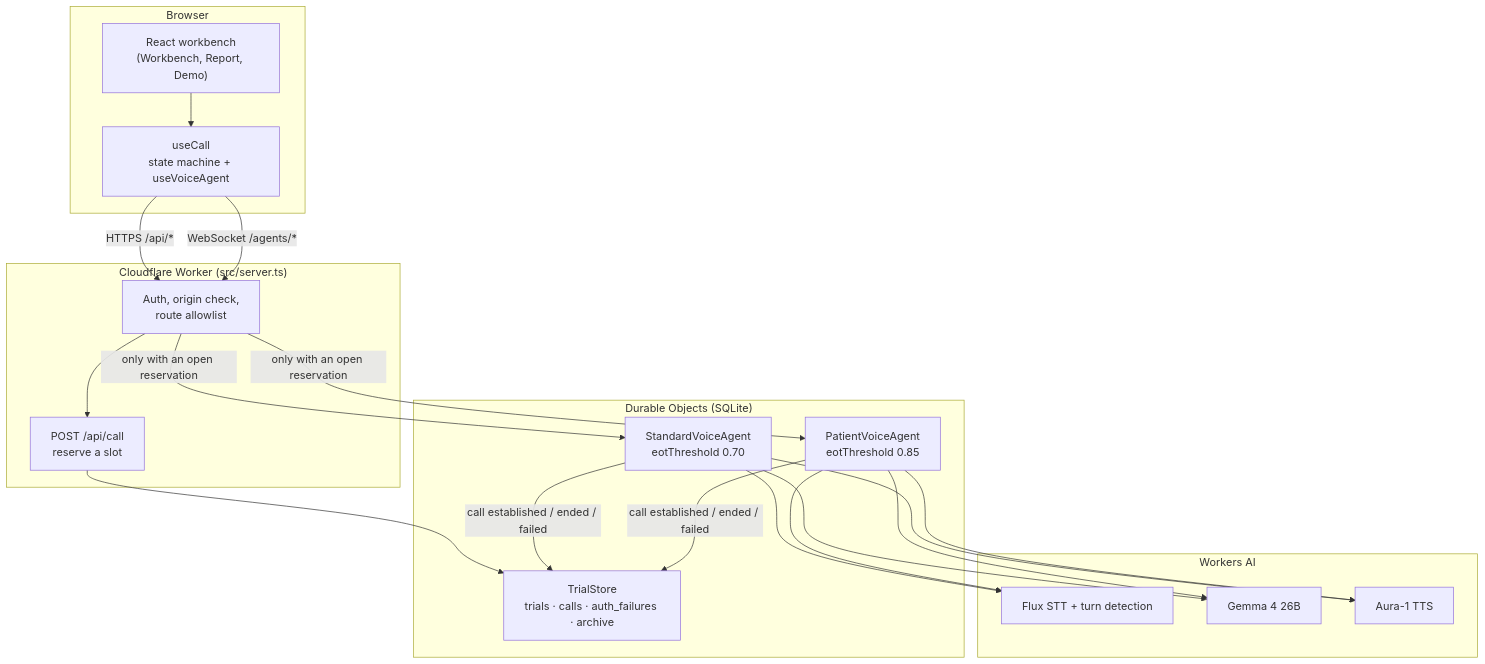
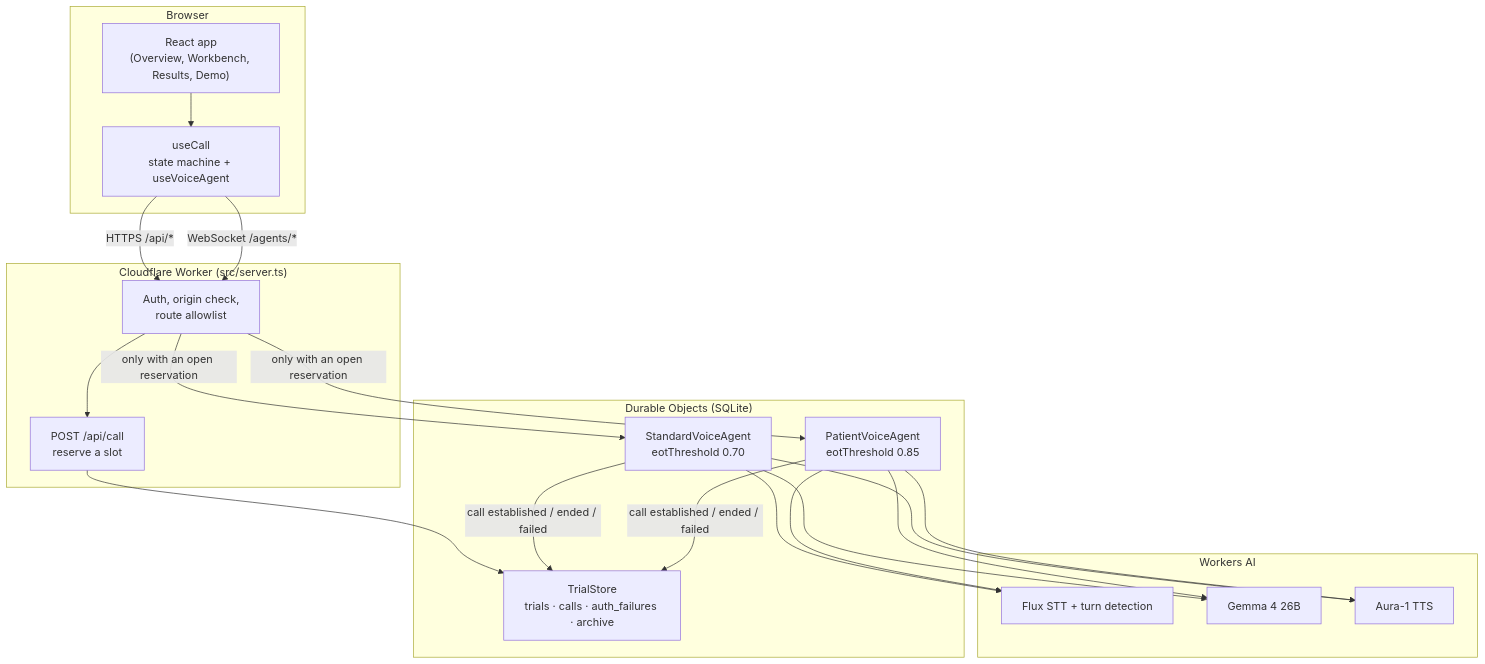
Before and after one commit to Dakshkumar24/pacelab: the first of 3 diagrams in README.md, drawn with Mermaid. The commit also changed other lines of this file and 14 other files, not shown here.

First line of the commit message:
Premium frontend redesign: Overview, Workbench, Results, Demo

````diff
--- a/README.md
+++ b/README.md
@@ -45,28 +45,28 @@
 ```mermaid
 flowchart TB
   subgraph Browser
-    UI["React workbench<br/>(Workbench, Report, Demo)"]
+    UI["React app<br/>(Overview, Workbench, Results, Demo)"]
     Hook["useCall<br/>state machine + useVoiceAgent"]
   end
   subgraph Worker["Cloudflare Worker (src/server.ts)"]
     Gate["Auth, origin check,<br/>route allowlist"]
     Res["POST /api/call<br/>reserve a slot"]
   end
   subgraph DO["Durable Objects (SQLite)"]
     Store["TrialStore<br/>trials · calls · auth_failures · archive"]
     Std["StandardVoiceAgent<br/>eotThreshold 0.70"]
     Pat["PatientVoiceAgent<br/>eotThreshold 0.85"]
   end
   subgraph AI["Workers AI"]
     Flux["Flux STT + turn detection"]
     Gemma["Gemma 4 26B"]
     Aura["Aura-1 TTS"]
   end
   UI --> Hook
   Hook -- "HTTPS /api/*" --> Gate
   Hook -- "WebSocket /agents/*" --> Gate
   Gate --> Res --> Store
   Gate -- "only with an open reservation" --> Std & Pat
   Std & Pat --> Flux & Gemma & Aura
   Std & Pat -- "call established / ended / failed" --> Store
 ```
````
